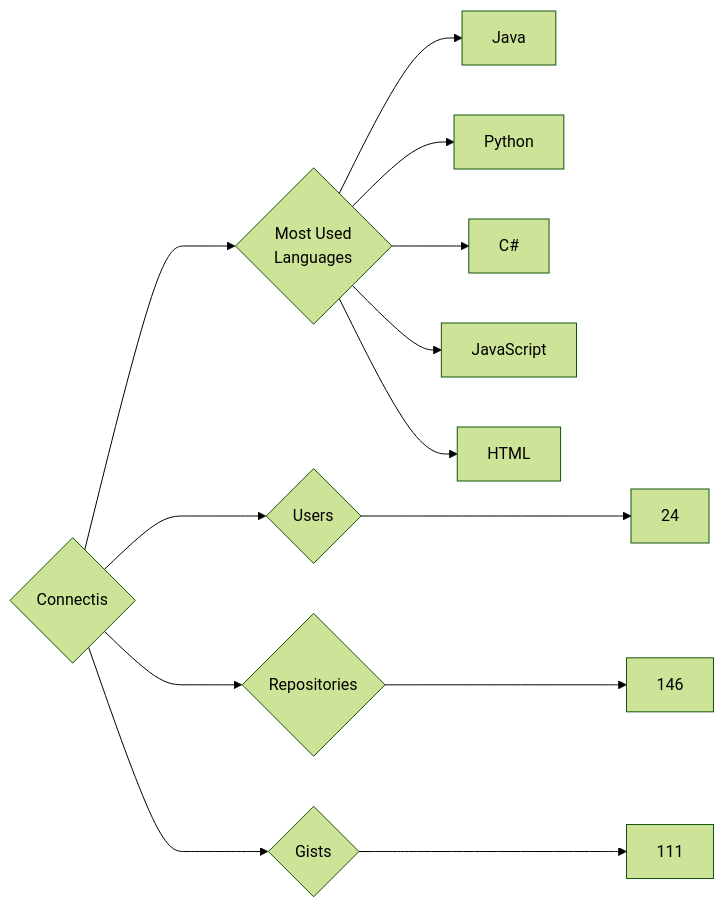
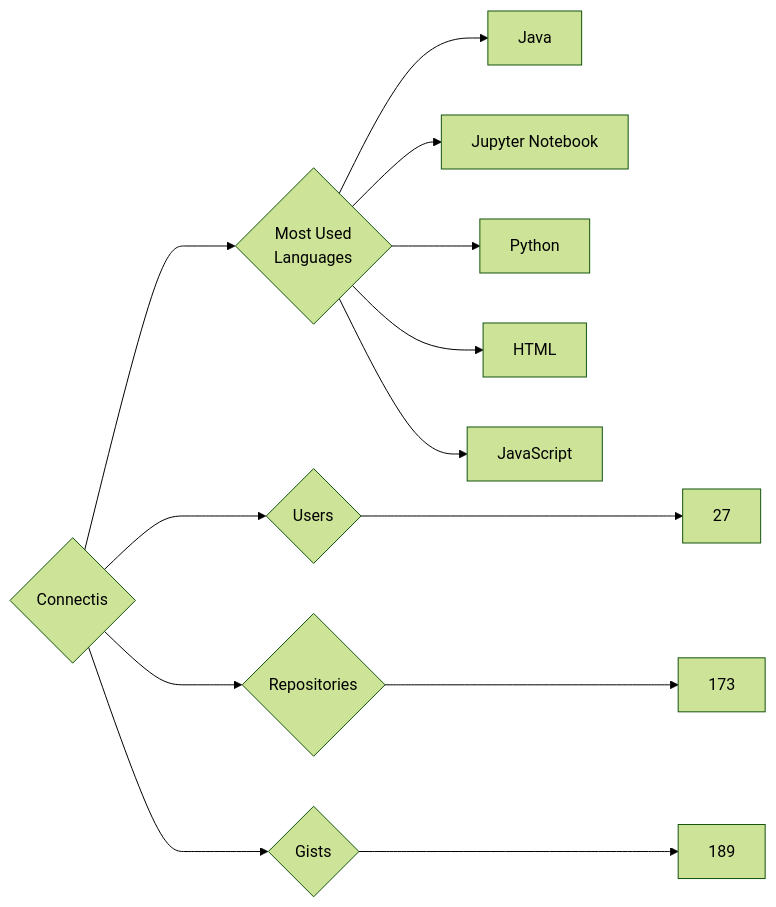
One commit to trickest/insiders changed the diagram in targets/Connectis/README.md. Above: the diagram before and after it, drawn with Mermaid (forest theme). The commit also changed 750 other files, not shown here.

````diff
--- a/targets/Connectis/README.md
+++ b/targets/Connectis/README.md
@@ -3,13 +3,13 @@
 ```mermaid
 graph LR
 COMPANY_NAME{Connectis}
-COMPANY_NAME ---> U{Users} ---> UN[24]
-COMPANY_NAME ---> R{Repositories} ---> RN[146]
-COMPANY_NAME ---> G{Gists} ---> GN[111]
+COMPANY_NAME ---> U{Users} ---> UN[27]
+COMPANY_NAME ---> R{Repositories} ---> RN[173]
+COMPANY_NAME ---> G{Gists} ---> GN[189]
 COMPANY_NAME ---> ML{Most Used<br>Languages}
 ML --> Java[Java]
+ML --> Jupyter_Notebook[Jupyter Notebook]
 ML --> Python[Python]
-ML --> C#[C#]
+ML --> HTML[HTML]
 ML --> JavaScript[JavaScript]
-ML --> HTML[HTML]
 ```
````
